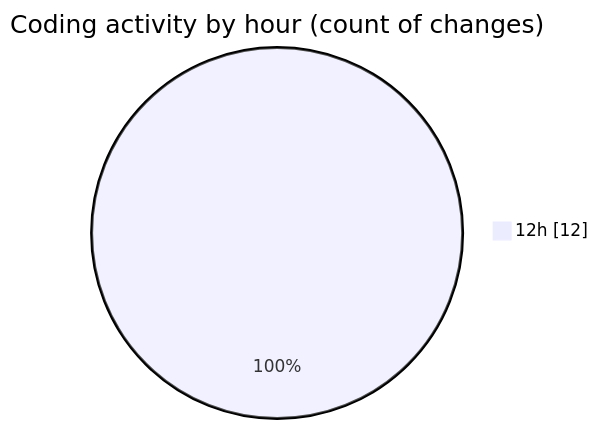
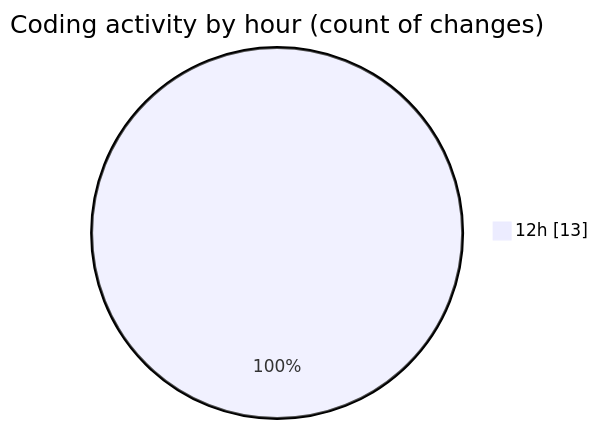
The second of 2 diagrams in 2026-02-25/cilapp/README.md (ricardozamudiocil/code-tracking), drawn with Mermaid before and after one commit. The commit also changed other lines of this file and 1 other file, not shown here.

````diff
--- a/2026-02-25/cilapp/README.md
+++ b/2026-02-25/cilapp/README.md
@@ -32,5 +33,5 @@
 ```mermaid
 pie showData
 title Coding activity by hour (count of changes)
-"12h" : 12
+"12h" : 13
 ```
````
